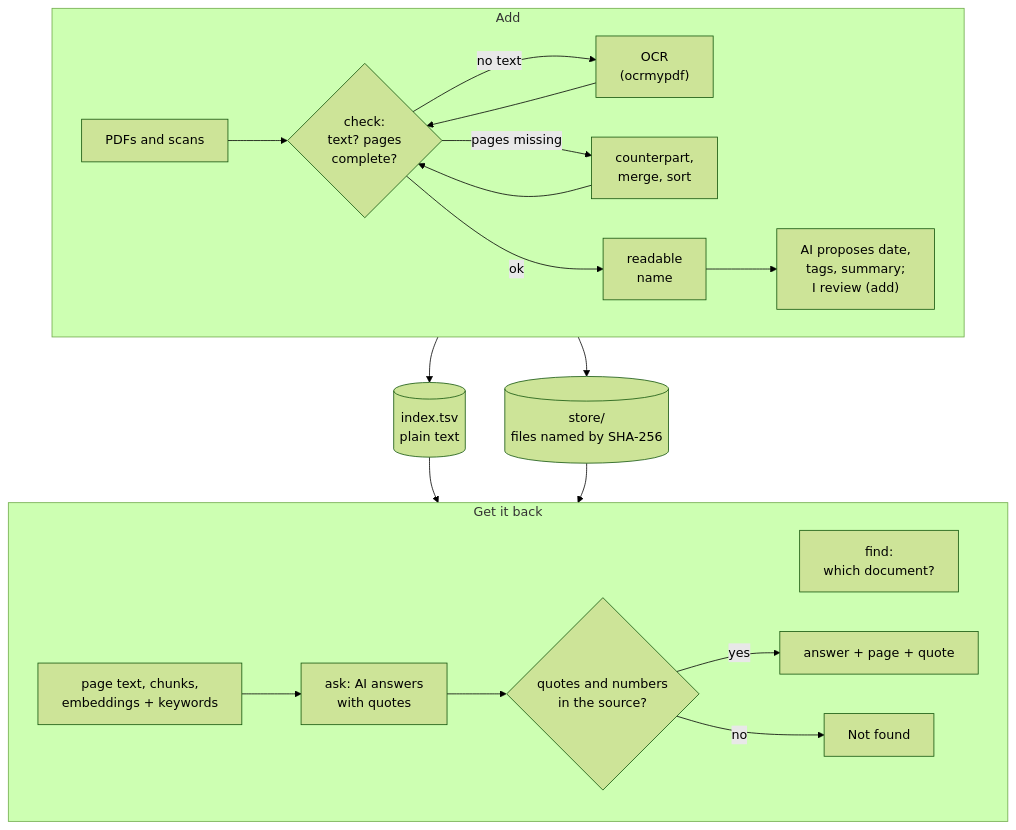
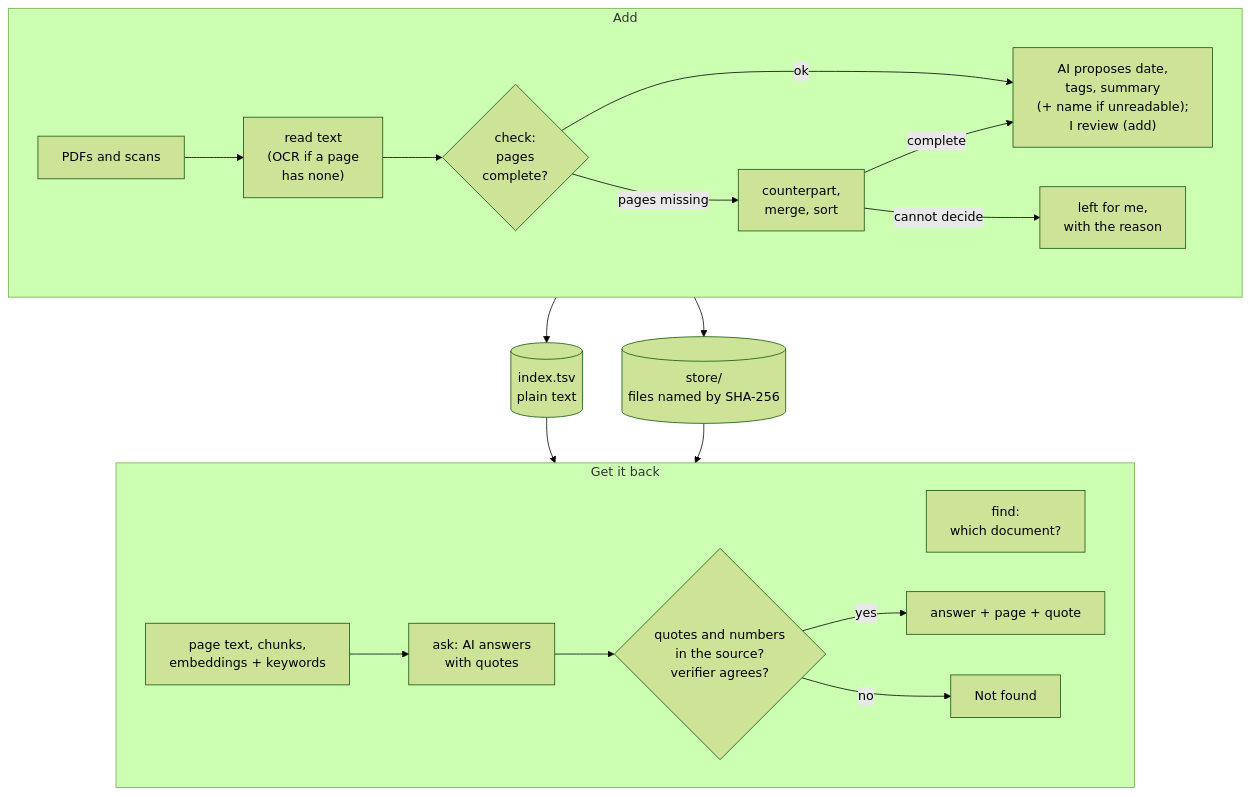
Before and after one commit to DseaKu/smart-shoebox: the diagram in README.md, drawn with Mermaid (forest theme).

Commit message:
Correct the README diagram against the code
The wizard does not check a merged scan again, and it leaves a file for
me when it cannot decide. OCR runs while reading, the readable name comes
from the same model call as the entry, and ask also has a verifier.

````diff
--- a/README.md
+++ b/README.md
@@ -26,21 +26,22 @@
 ```mermaid
 flowchart TB
     subgraph in["Add"]
         direction LR
-        pile["PDFs and scans"] --> check{"check:<br/>text? pages<br/>complete?"}
-        check -- "no text" --> ocr["OCR<br/>(ocrmypdf)"] --> check
-        check -- "pages missing" --> complete["counterpart,<br/>merge, sort"] --> check
-        check -- "ok" --> name["readable<br/>name"] --> add["AI proposes date,<br/>tags, summary;<br/>I review (add)"]
+        pile["PDFs and scans"] --> read["read text<br/>(OCR if a page<br/>has none)"] --> check{"check:<br/>pages<br/>complete?"}
+        check -- "pages missing" --> complete["counterpart,<br/>merge, sort"]
+        check -- "ok" --> add["AI proposes date,<br/>tags, summary<br/>(+ name if unreadable);<br/>I review (add)"]
+        complete -- "complete" --> add
+        complete -- "cannot decide" --> you["left for me,<br/>with the reason"]
     end
     add --> index[("index.tsv<br/>plain text")]
     add --> store[("store/<br/>files named by SHA-256")]
     subgraph out["Get it back"]
         direction LR
         find["find:<br/>which document?"]
-        chunks["page text, chunks,<br/>embeddings + keywords"] --> ask["ask: AI answers<br/>with quotes"] --> verify{"quotes and numbers<br/>in the source?"}
+        chunks["page text, chunks,<br/>embeddings + keywords"] --> ask["ask: AI answers<br/>with quotes"] --> verify{"quotes and numbers<br/>in the source?<br/>verifier agrees?"}
         verify -- "yes" --> answer["answer + page + quote"]
         verify -- "no" --> notfound["Not found"]
     end
     index --> find
     store --> chunks
 ```
````
